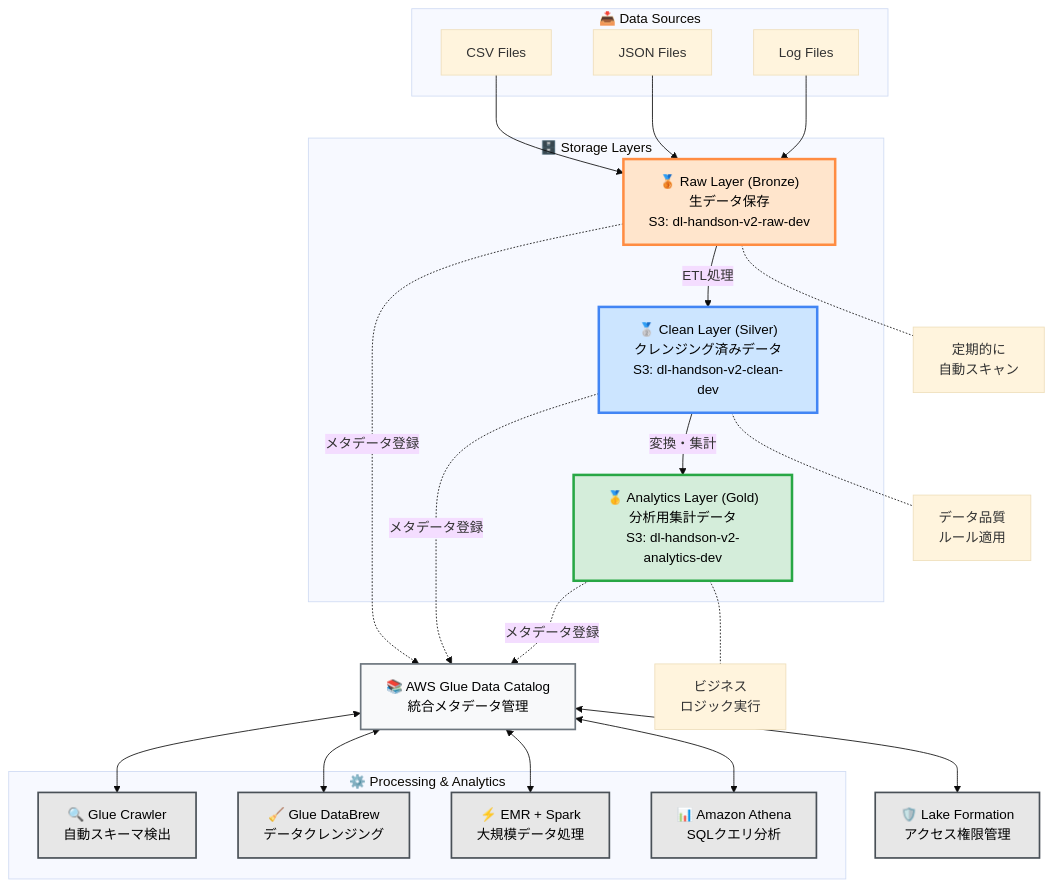
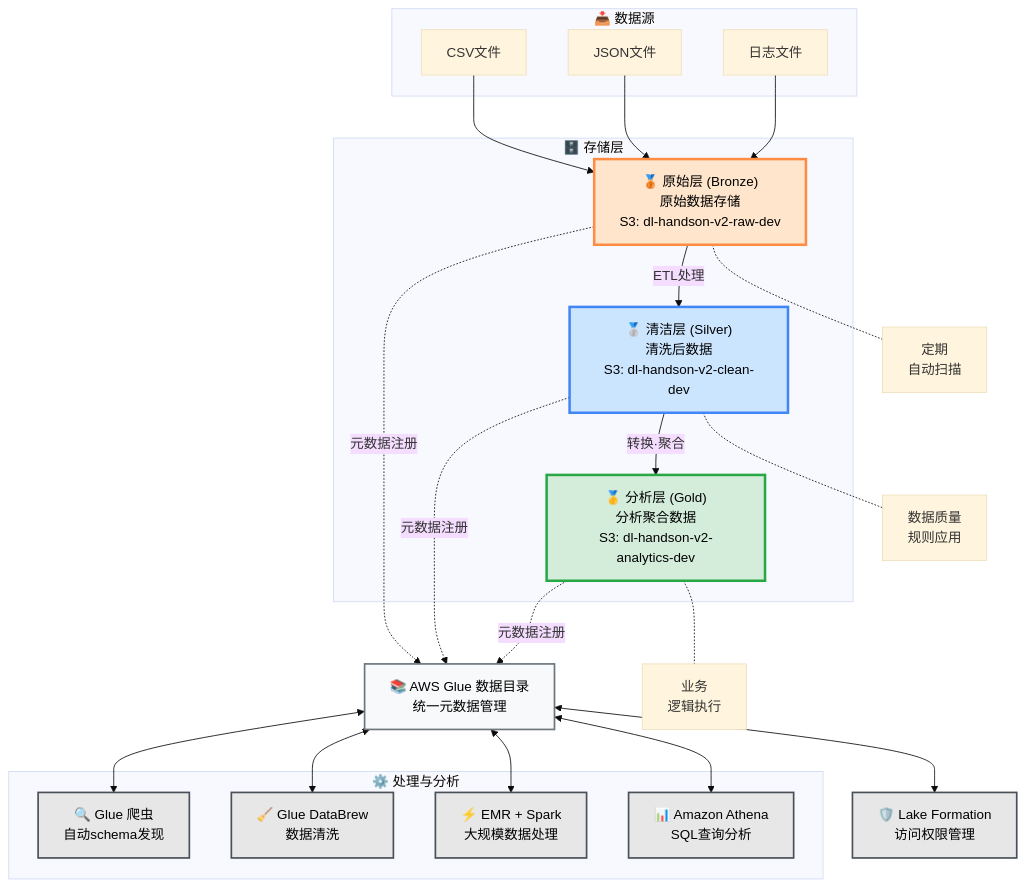
The first of 2 diagrams in README.md (yincma/AWS-Handson-Datalake), drawn with Mermaid (base theme) before and after one commit. The commit also changed other lines of this file and 2 other files, not shown here.

````diff
--- a/README.md
+++ b/README.md
@@ -50,61 +51,61 @@
 ```mermaid
 graph TB
-    %% スタイル定義
+    %% 样式定义
     classDef rawStyle fill:#FFE5CC,stroke:#FF8C42,stroke-width:3px,color:#000
     classDef cleanStyle fill:#CCE5FF,stroke:#4285F4,stroke-width:3px,color:#000
     classDef analyticsStyle fill:#D4EDDA,stroke:#28A745,stroke-width:3px,color:#000
     classDef catalogStyle fill:#F8F9FA,stroke:#6C757D,stroke-width:2px,color:#000
     classDef processStyle fill:#E7E7E7,stroke:#495057,stroke-width:2px,color:#000
     
-    %% データソース
-    subgraph sources["📥 Data Sources"]
-        DS1[CSV Files]
-        DS2[JSON Files]
-        DS3[Log Files]
+    %% 数据源
+    subgraph sources["📥 数据源"]
+        DS1[CSV文件]
+        DS2[JSON文件]
+        DS3[日志文件]
     end
     
-    %% ストレージ層
-    subgraph storage["🗄️ Storage Layers"]
-        RAW["🥉 Raw Layer (Bronze)<br/>生データ保存<br/>S3: dl-handson-v2-raw-dev"]:::rawStyle
-        CLEAN["🥈 Clean Layer (Silver)<br/>クレンジング済みデータ<br/>S3: dl-handson-v2-clean-dev"]:::cleanStyle
-        ANALYTICS["🥇 Analytics Layer (Gold)<br/>分析用集計データ<br/>S3: dl-handson-v2-analytics-dev"]:::analyticsStyle
+    %% 存储层
+    subgraph storage["🗄️ 存储层"]
+        RAW["🥉 原始层 (Bronze)<br/>原始数据存储<br/>S3: dl-handson-v2-raw-dev"]:::rawStyle
+        CLEAN["🥈 清洁层 (Silver)<br/>清洗后数据<br/>S3: dl-handson-v2-clean-dev"]:::cleanStyle
+        ANALYTICS["🥇 分析层 (Gold)<br/>分析聚合数据<br/>S3: dl-handson-v2-analytics-dev"]:::analyticsStyle
     end
     
-    %% カタログ層
-    CATALOG["📚 AWS Glue Data Catalog<br/>統合メタデータ管理"]:::catalogStyle
+    %% 目录层
+    CATALOG["📚 AWS Glue 数据目录<br/>统一元数据管理"]:::catalogStyle
     
-    %% 処理層
-    subgraph processing["⚙️ Processing & Analytics"]
-        CRAWLER["🔍 Glue Crawler<br/>自動スキーマ検出"]:::processStyle
-        DATABREW["🧹 Glue DataBrew<br/>データクレンジング"]:::processStyle
-        EMR["⚡ EMR + Spark<br/>大規模データ処理"]:::processStyle
-        ATHENA["📊 Amazon Athena<br/>SQLクエリ分析"]:::processStyle
+    %% 处理层
+    subgraph processing["⚙️ 处理与分析"]
+        CRAWLER["🔍 Glue 爬虫<br/>自动schema发现"]:::processStyle
+        DATABREW["🧹 Glue DataBrew<br/>数据清洗"]:::processStyle
+        EMR["⚡ EMR + Spark<br/>大规模数据处理"]:::processStyle
+        ATHENA["📊 Amazon Athena<br/>SQL查询分析"]:::processStyle
     end
     
-    %% ガバナンス
-    LAKEFORMATION["🛡️ Lake Formation<br/>アクセス権限管理"]:::processStyle
+    %% 治理
+    LAKEFORMATION["🛡️ Lake Formation<br/>访问权限管理"]:::processStyle
     
-    %% データフロー
+    %% 数据流
     DS1 --> RAW
     DS2 --> RAW
     DS3 --> RAW
     
-    RAW -->|ETL処理| CLEAN
-    CLEAN -->|変換・集計| ANALYTICS
+    RAW -->|ETL处理| CLEAN
+    CLEAN -->|转换·聚合| ANALYTICS
     
-    RAW -.->|メタデータ登録| CATALOG
-    CLEAN -.->|メタデータ登録| CATALOG
-    ANALYTICS -.->|メタデータ登録| CATALOG
+    RAW -.->|元数据注册| CATALOG
+    CLEAN -.->|元数据注册| CATALOG
+    ANALYTICS -.->|元数据注册| CATALOG
     
     CATALOG <--> CRAWLER
     CATALOG <--> DATABREW
     CATALOG <--> EMR
     CATALOG <--> ATHENA
     
     CATALOG <--> LAKEFORMATION
     
-    %% 注釈
-    RAW -.- crawlerNote["定期的に<br/>自動スキャン"]
-    CLEAN -.- databrewNote["データ品質<br/>ルール適用"]
-    ANALYTICS -.- emrNote["ビジネス<br/>ロジック実行"]
+    %% 注释
+    RAW -.- crawlerNote["定期<br/>自动扫描"]
+    CLEAN -.- databrewNote["数据质量<br/>规则应用"]
+    ANALYTICS -.- emrNote["业务<br/>逻辑执行"]
 ```
````
